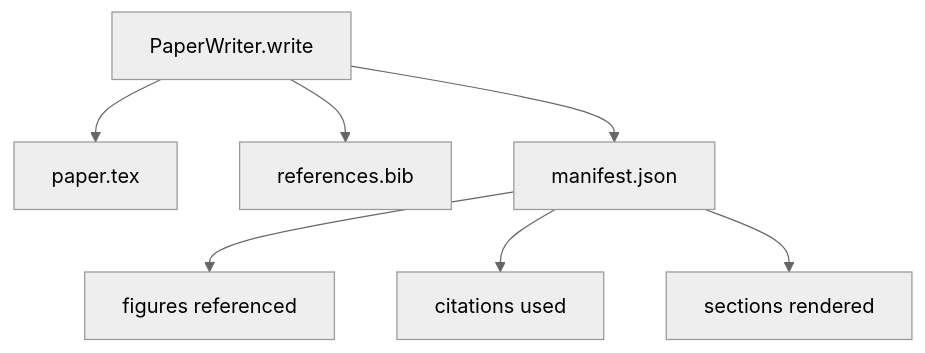
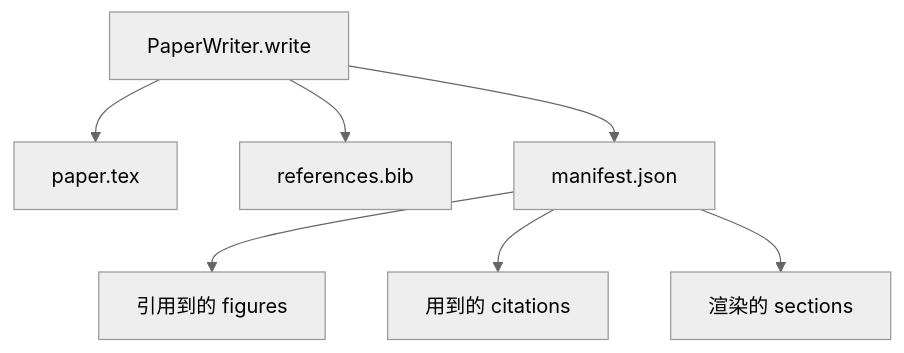
The third of 3 diagrams in phases/19-capstone-projects/54-paper-writer/docs/zh.md (JerryC8080/ai-engineering-from-scratch-zh), drawn with Mermaid (neutral theme) before and after one commit. The commit also changed other lines of this file and 156 other files, not shown here.

First line of the commit message:
i18n(zh): translate mermaid diagram labels in 157 lesson zh.md

````diff
--- a/phases/19-capstone-projects/54-paper-writer/docs/zh.md
+++ b/phases/19-capstone-projects/54-paper-writer/docs/zh.md
@@ -77,9 +77,9 @@
 ```mermaid
 flowchart TB
     Writer[PaperWriter.write] --> Tex[paper.tex]
     Writer --> Bib[references.bib]
     Writer --> Man[manifest.json]
-    Man --> F[figures referenced]
-    Man --> C[citations used]
-    Man --> S[sections rendered]
+    Man --> F[引用到的 figures]
+    Man --> C[用到的 citations]
+    Man --> S[渲染的 sections]
 ```
````
